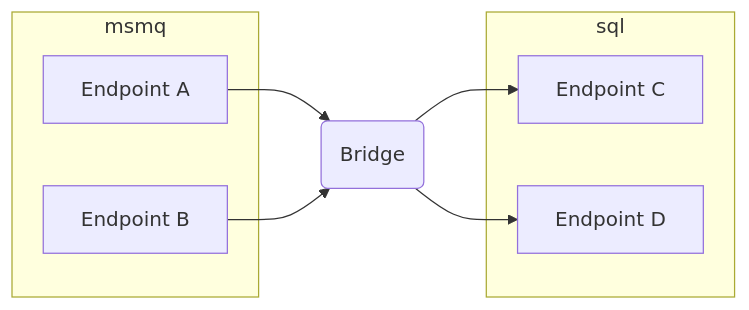
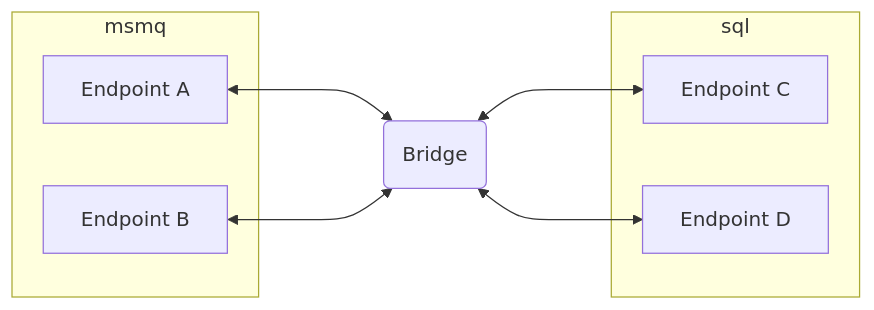
Before and after one commit to Particular/docs.particular.net: the second of 2 diagrams in nservicebus/bridge/scenarios.md, drawn with Mermaid. The commit also changed other lines of this file and 1 other file, not shown here.

Commit message:
Re-add multi-directional arrows

````diff
--- a/nservicebus/bridge/scenarios.md
+++ b/nservicebus/bridge/scenarios.md
@@ -40,17 +40,17 @@
 ```mermaid
-graph LR
+flowchart LR
 
 Br(Bridge)
-A[Endpoint A] --> Br
-B[Endpoint B] --> Br
-Br --> C[Endpoint C]
-Br --> D[Endpoint D]
+A[Endpoint A] <---> Br
+B[Endpoint B] <---> Br
+Br <---> C[Endpoint C]
+Br <---> D[Endpoint D]
 subgraph msmq
   A
   B
 end
 subgraph sql
   C
   D
 end
 ```
````
